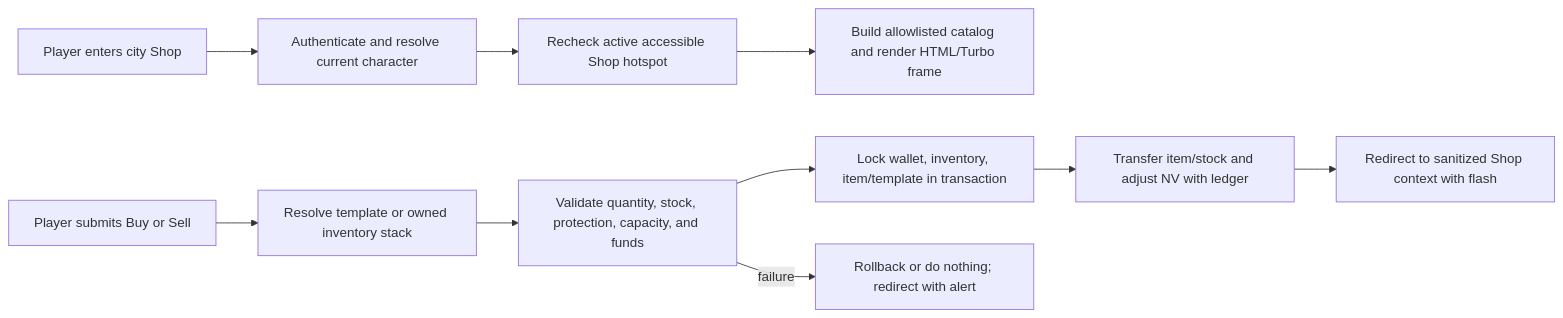
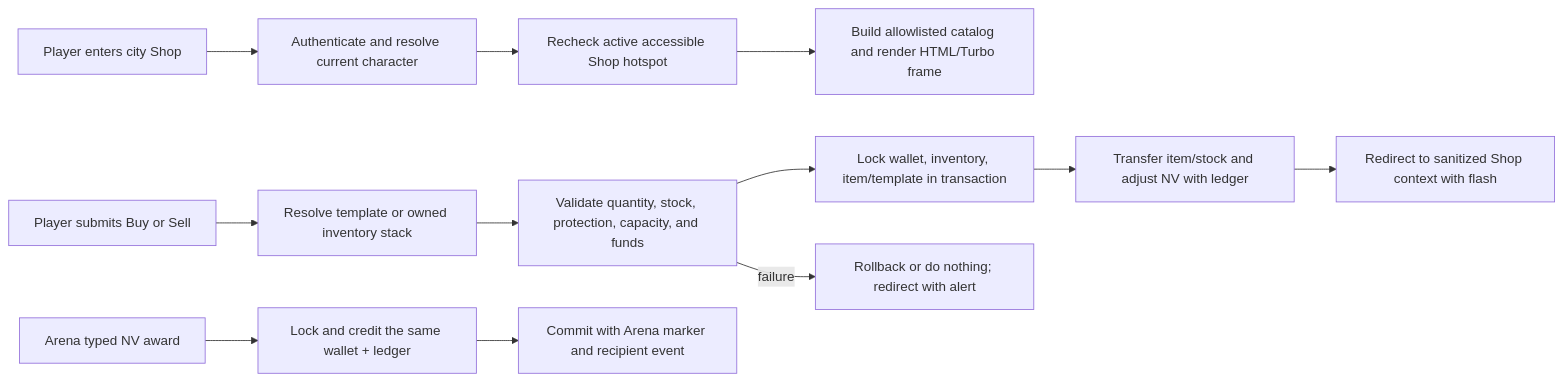
The diagram in doc/features/shop_economy.md (lukin-io/mmorpg), drawn with Mermaid before and after one commit. The commit also changed other lines of this file and 125 other files, not shown here.

````diff
--- a/doc/features/shop_economy.md
+++ b/doc/features/shop_economy.md
@@ -210,12 +232,14 @@
 ```mermaid
 flowchart LR
     A["Player enters city Shop"] --> B["Authenticate and resolve current character"]
     B --> C["Recheck active accessible Shop hotspot"]
     C --> D["Build allowlisted catalog and render HTML/Turbo frame"]
     E["Player submits Buy or Sell"] --> F["Resolve template or owned inventory stack"]
     F --> G["Validate quantity, stock, protection, capacity, and funds"]
     G --> H["Lock wallet, inventory, item/template in transaction"]
     H --> I["Transfer item/stock and adjust NV with ledger"]
     I --> J["Redirect to sanitized Shop context with flash"]
     G -->|failure| K["Rollback or do nothing; redirect with alert"]
+    L["Arena typed NV award"] --> M["Lock and credit the same wallet + ledger"]
+    M --> N["Commit with Arena marker and recipient event"]
 ```
````
